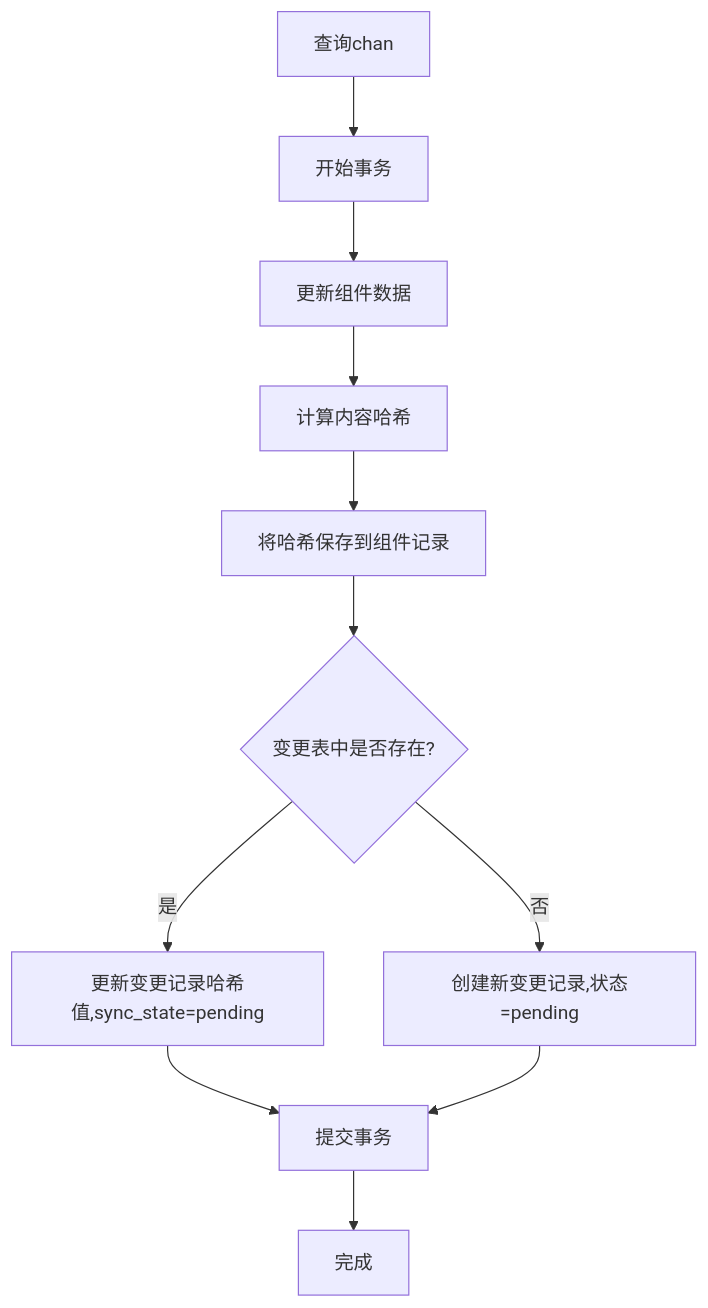
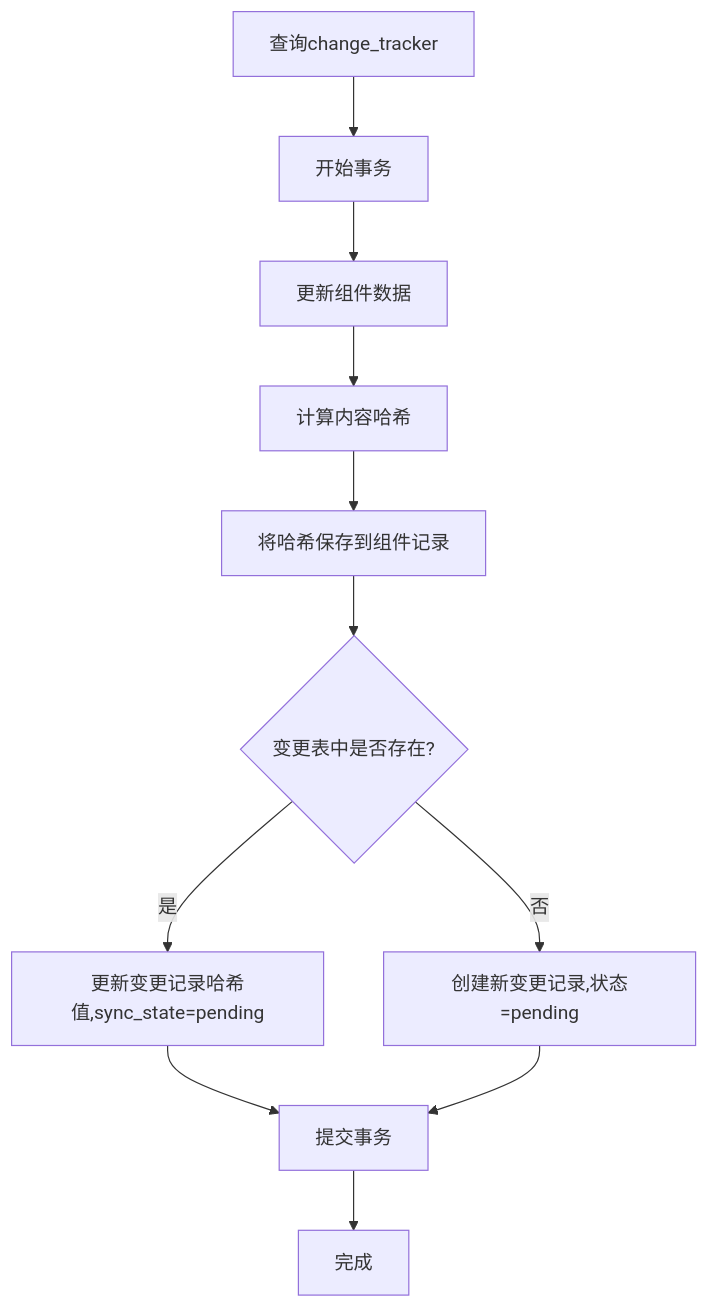
The diagram in all/未命名-43.md (yingjianzh/iodraw-files), drawn with Mermaid before and after one commit.

Commit message:
2025-04-25 18:12:03 update

````diff
--- a/all/未命名-43.md
+++ b/all/未命名-43.md
@@ -1,17 +1,17 @@
 ```mermaid
 
 flowchart TD
-    Start[查询chan] --> StartTransaction[开始事务]
+    Start[查询change_tracker] --> StartTransaction[开始事务]
     StartTransaction --> UpdateComponent[更新组件数据]
     UpdateComponent --> CalcHash[计算内容哈希]
     CalcHash --> SaveHash[将哈希保存到组件记录]
     SaveHash --> CheckExists{变更表中是否存在?}
     
     CheckExists -- 是 --> UpdateChange[更新变更记录哈希值,sync_state=pending]
     CheckExists -- 否 --> CreateChange[创建新变更记录,状态=pending]
     
     UpdateChange --> CommitTransaction[提交事务]
     CreateChange --> CommitTransaction
     CommitTransaction --> End[完成]
 
 ```
````
